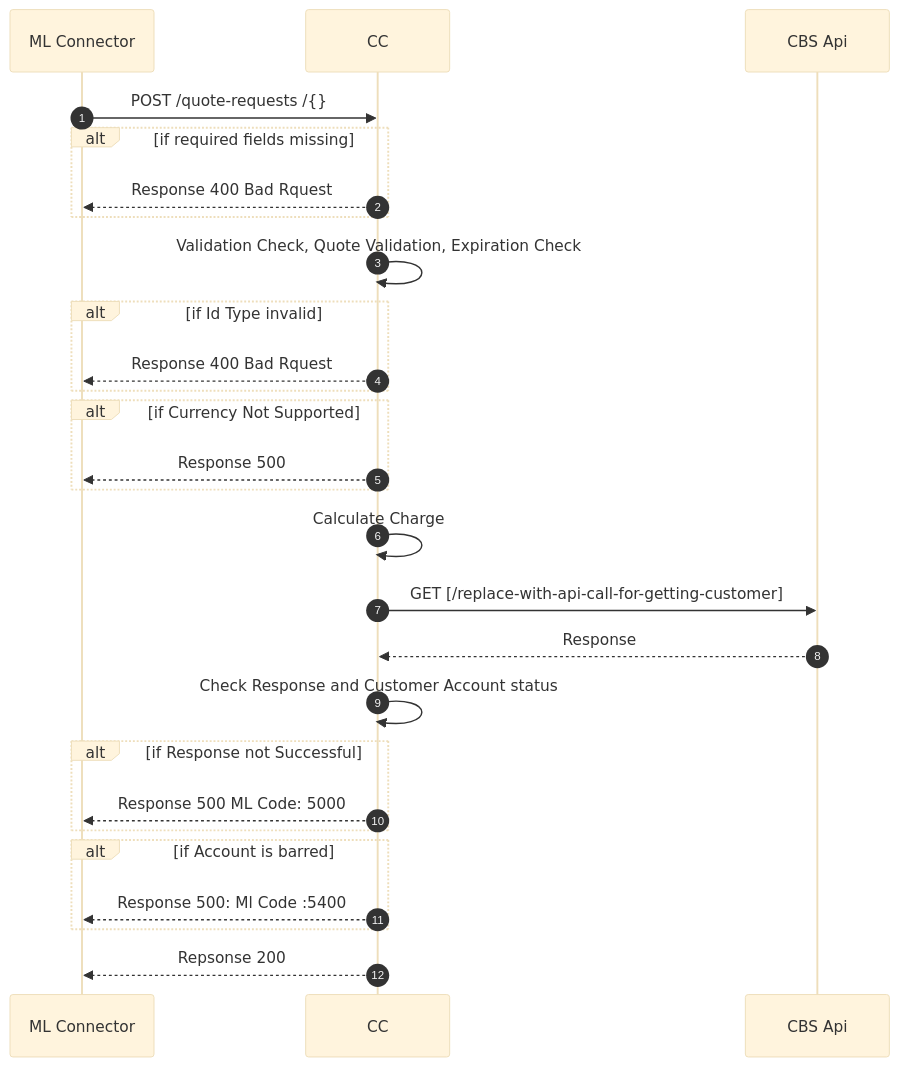
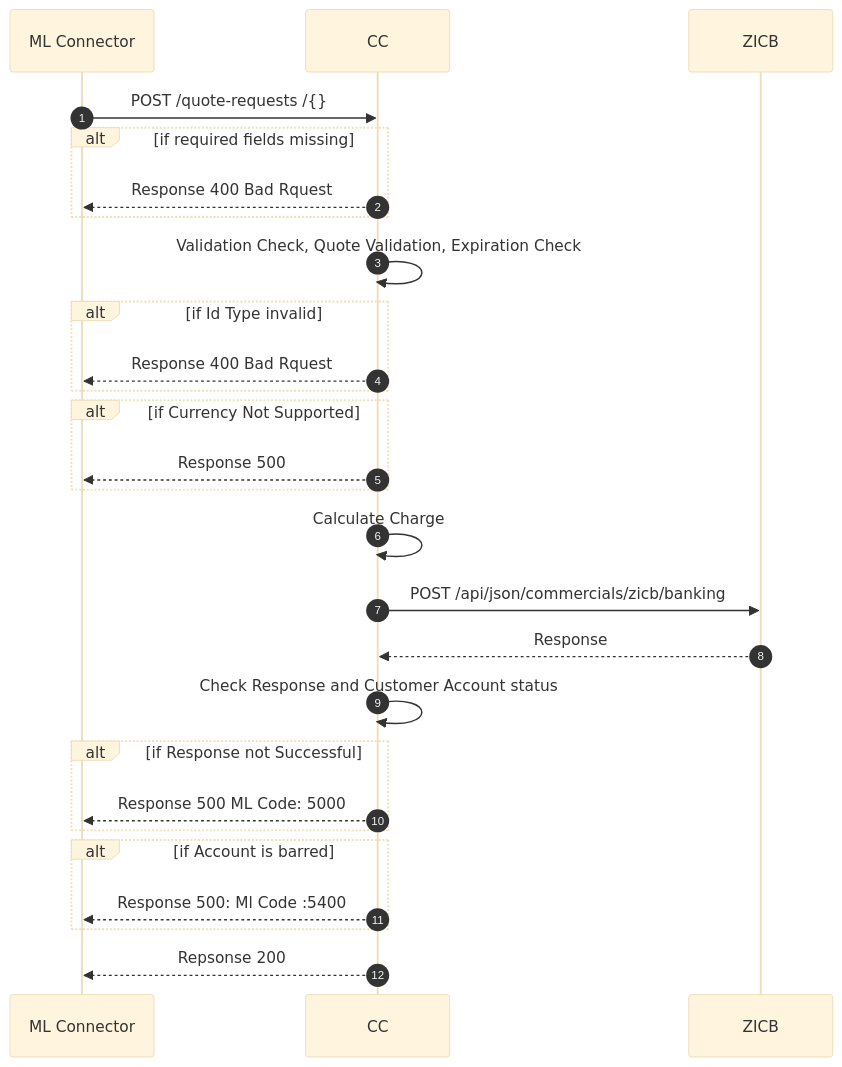
The diagram in zicb-zm-core-connector/docs/payee/payee-quoterequests.md (mojaloop/ml-reference-connectors), drawn with Mermaid (base theme) before and after one commit. The commit also changed 12 other files, not shown here.

Commit message:
chore: updated sequence diagrams

````diff
--- a/zicb-zm-core-connector/docs/payee/payee-quoterequests.md
+++ b/zicb-zm-core-connector/docs/payee/payee-quoterequests.md
@@ -4,26 +4,26 @@
 ```mermaid
    sequenceDiagram
 autoNumber
 ML Connector ->> CC: POST /quote-requests /{}
 Alt if required fields missing
 CC-->>ML Connector: Response 400 Bad Rquest
 End
 CC->> CC:Validation Check, Quote Validation, Expiration Check
 Alt if Id Type invalid
 CC-->>ML Connector: Response 400 Bad Rquest
 End
 Alt if Currency Not Supported
 CC-->>ML Connector: Response 500
 End
 CC->>CC:Calculate Charge
-CC->> CBS Api:GET [/replace-with-api-call-for-getting-customer] 
-CBS Api -->> CC:Response
+CC->> ZICB: POST /api/json/commercials/zicb/banking
+ZICB -->> CC:Response
 CC->>CC: Check Response and Customer Account status 
 Alt if Response not Successful
 CC-->>ML Connector: Response 500 ML Code: 5000
 End
 Alt if Account is barred
 CC-->>ML Connector:Response 500: Ml Code :5400
 End
 CC-->>ML Connector: Repsonse 200
 ```
````
